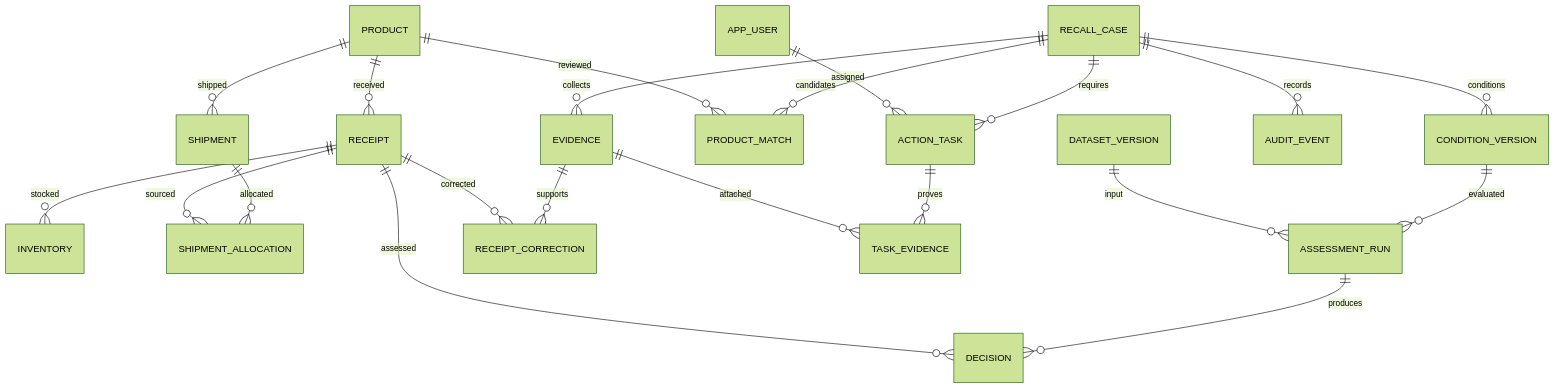
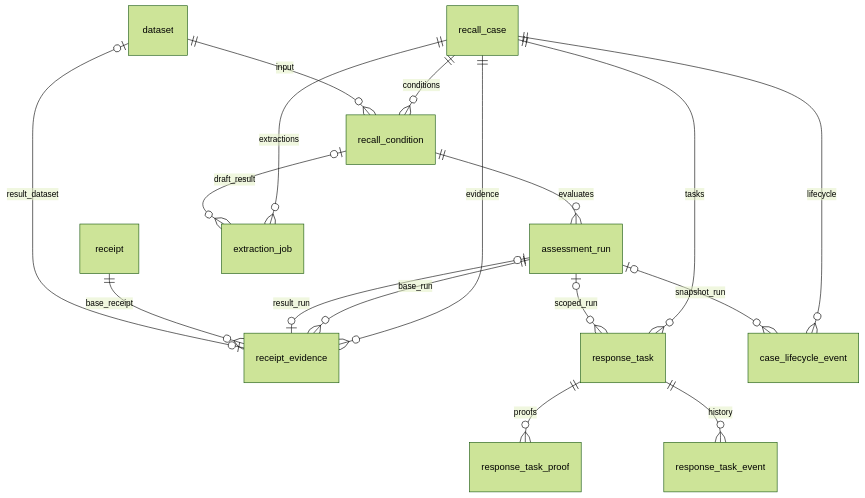
The second of 2 diagrams in docs/design/erd.md (xixvivji/WeCall), drawn with Mermaid (forest theme) before and after one commit. The commit also changed other lines of this file and 7 other files, not shown here.

````diff
--- a/docs/design/erd.md
+++ b/docs/design/erd.md
@@ -6,23 +34,19 @@
 ```mermaid
 erDiagram
-    PRODUCT ||--o{ RECEIPT : received
-    RECEIPT ||--o{ INVENTORY : stocked
-    PRODUCT ||--o{ SHIPMENT : shipped
-    SHIPMENT ||--o{ SHIPMENT_ALLOCATION : allocated
-    RECEIPT ||--o{ SHIPMENT_ALLOCATION : sourced
-    RECALL_CASE ||--o{ CONDITION_VERSION : conditions
-    RECALL_CASE ||--o{ PRODUCT_MATCH : candidates
-    PRODUCT ||--o{ PRODUCT_MATCH : reviewed
-    CONDITION_VERSION ||--o{ ASSESSMENT_RUN : evaluated
-    ASSESSMENT_RUN ||--o{ DECISION : produces
-    RECEIPT ||--o{ DECISION : assessed
-    RECALL_CASE ||--o{ EVIDENCE : collects
-    EVIDENCE ||--o{ RECEIPT_CORRECTION : supports
-    RECEIPT ||--o{ RECEIPT_CORRECTION : corrected
-    RECALL_CASE ||--o{ ACTION_TASK : requires
-    ACTION_TASK ||--o{ TASK_EVIDENCE : proves
-    EVIDENCE ||--o{ TASK_EVIDENCE : attached
-    RECALL_CASE ||--o{ AUDIT_EVENT : records
-    APP_USER ||--o{ ACTION_TASK : assigned
-    DATASET_VERSION ||--o{ ASSESSMENT_RUN : input
+    recall_case ||--o{ recall_condition : conditions
+    dataset ||--o{ recall_condition : input
+    recall_condition ||--o{ assessment_run : evaluates
+    recall_case ||--o{ receipt_evidence : evidence
+    assessment_run ||--o{ receipt_evidence : base_run
+    assessment_run o|--o| receipt_evidence : result_run
+    receipt ||--o{ receipt_evidence : base_receipt
+    dataset o|--o| receipt_evidence : result_dataset
+    recall_case ||--o{ response_task : tasks
+    assessment_run o|--o{ response_task : scoped_run
+    response_task ||--o{ response_task_proof : proofs
+    response_task ||--o{ response_task_event : history
+    recall_case ||--o{ case_lifecycle_event : lifecycle
+    assessment_run o|--o{ case_lifecycle_event : snapshot_run
+    recall_case ||--o{ extraction_job : extractions
+    recall_condition o|--o{ extraction_job : draft_result
 ```
````
